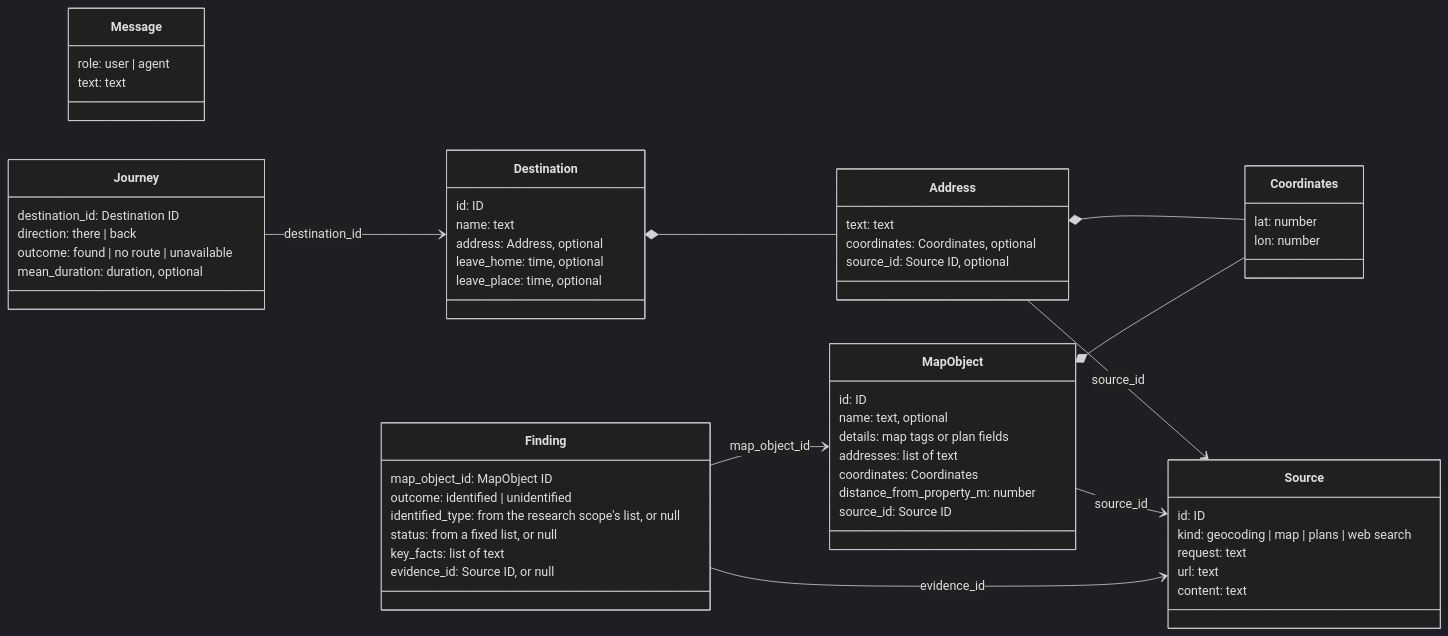
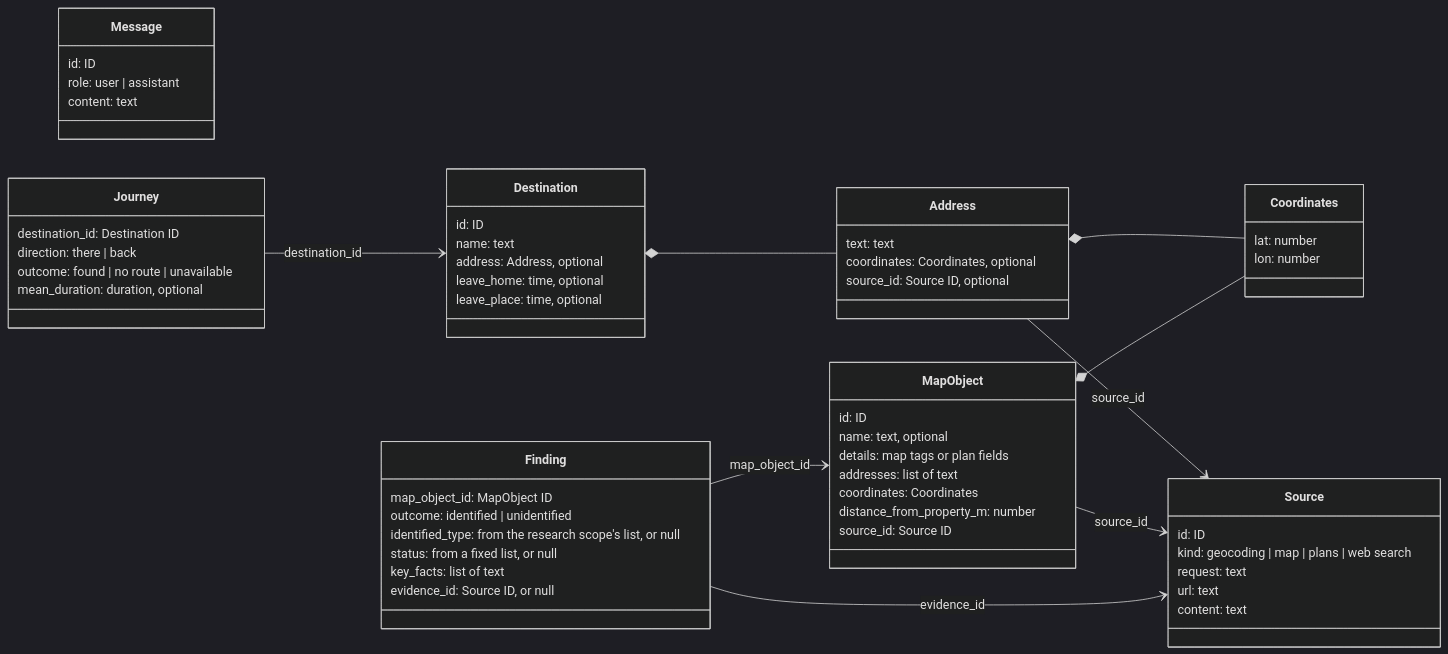
One commit to avashchenkov/out-of-frame changed the second of 2 diagrams in docs/architecture.md. Above: the diagram before and after it, drawn with Mermaid (dark theme). The commit also changed other lines of this file and 7 other files, not shown here.

````diff
--- a/docs/architecture.md
+++ b/docs/architecture.md
@@ -276,62 +276,63 @@
 ```mermaid
 classDiagram
     direction LR
     class Message {
-        role: user | agent
-        text: text
+        id: ID
+        role: user | assistant
+        content: text
     }
     class Address {
         text: text
         coordinates: Coordinates, optional
         source_id: Source ID, optional
     }
     class Coordinates {
         lat: number
         lon: number
     }
     class Destination {
         id: ID
         name: text
         address: Address, optional
         leave_home: time, optional
         leave_place: time, optional
     }
     class Source {
         id: ID
         kind: geocoding | map | plans | web search
         request: text
         url: text
         content: text
     }
     class MapObject {
         id: ID
         name: text, optional
         details: map tags or plan fields
         addresses: list of text
         coordinates: Coordinates
         distance_from_property_m: number
         source_id: Source ID
     }
     class Finding {
         map_object_id: MapObject ID
         outcome: identified | unidentified
         identified_type: from the research scope's list, or null
         status: from a fixed list, or null
         key_facts: list of text
         evidence_id: Source ID, or null
     }
     class Journey {
         destination_id: Destination ID
         direction: there | back
         outcome: found | no route | unavailable
         mean_duration: duration, optional
     }
     Destination *-- Address
     Address *-- Coordinates
     Address --> Source : source_id
     MapObject *-- Coordinates
     MapObject --> Source : source_id
     Finding --> MapObject : map_object_id
     Finding --> Source : evidence_id
     Journey --> Destination : destination_id
 ```
````
